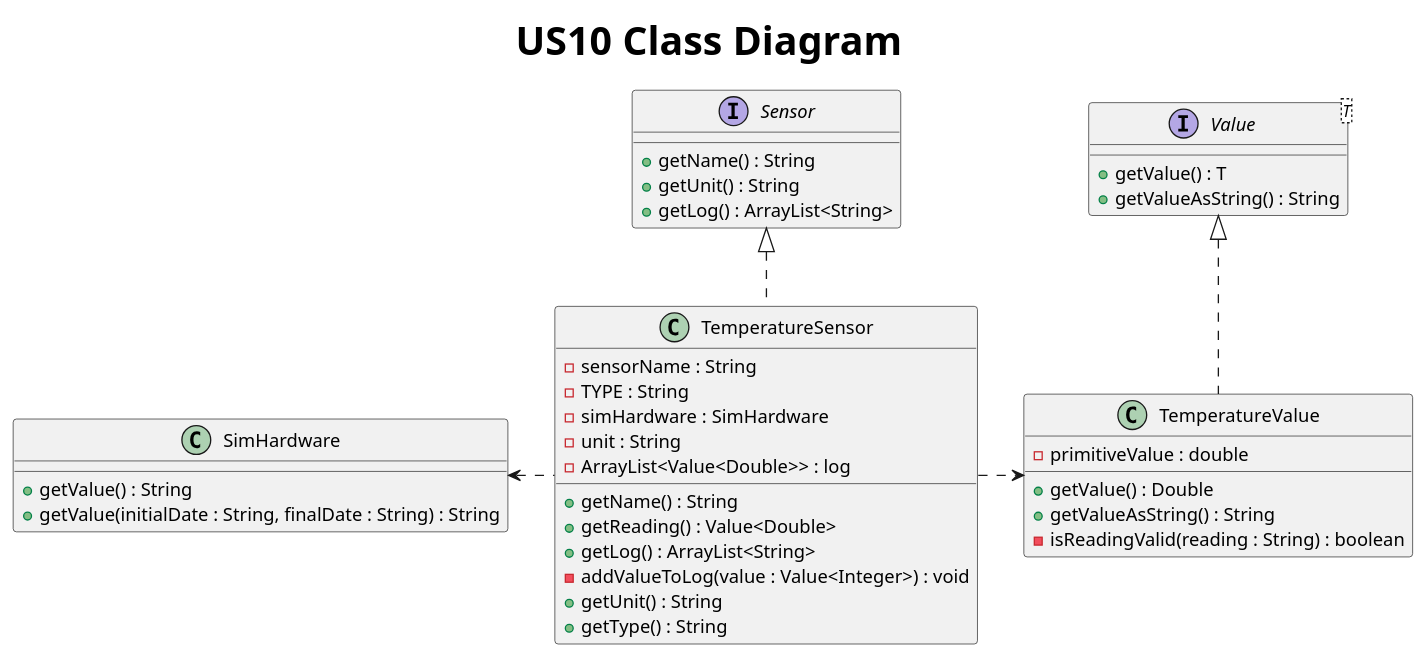
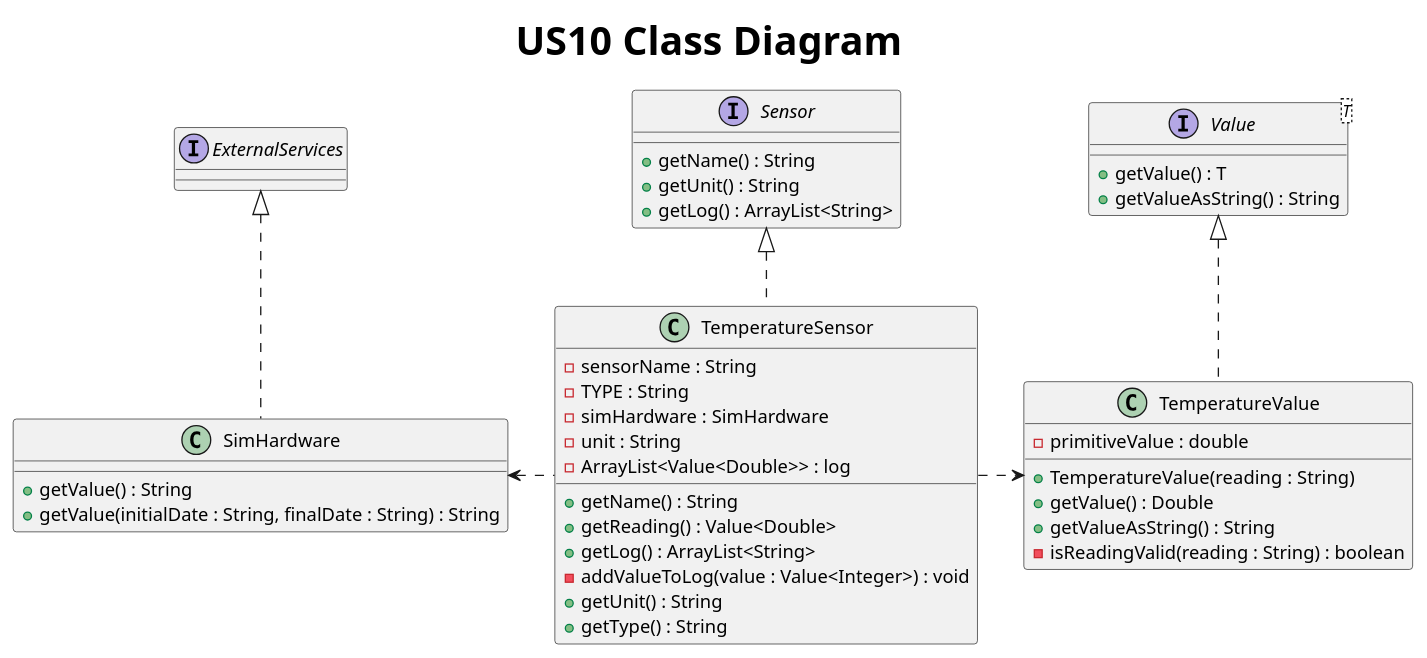
The diagram in Docs/US10/S3US10ClassDiagram.puml (AfonsoNeves77/smartHouse), drawn with PlantUML before and after one commit. The commit also changed 11 other files, not shown here.

Commit message:
Team review : Updated ClassDiagrams for sensors classes.

```diff
--- a/Docs/US10/S3US10ClassDiagram.puml
+++ b/Docs/US10/S3US10ClassDiagram.puml
@@ -1,48 +1,54 @@
 @startuml
 title <size: 30> US10 Class Diagram
 
 interface Sensor {
     + getName() : String
     + getUnit() : String
     + getLog() : ArrayList<String>
 }
 
 interface Value<T> {
     + getValue() : T
     + getValueAsString() : String
 }
 
 class SimHardware {
      + getValue() : String
      + getValue(initialDate : String, finalDate : String) : String
 }
 
 class TemperatureSensor {
     - sensorName : String
     - TYPE : String
     - simHardware : SimHardware
     - unit : String
     - ArrayList<Value<Double>> : log
 
     + getName() : String
     + getReading() : Value<Double>
     + getLog() : ArrayList<String>
     - addValueToLog(value : Value<Integer>) : void
     + getUnit() : String
     + getType() : String
 }
 
 class TemperatureValue {
     - primitiveValue : double
 
+    + TemperatureValue(reading : String)
     + getValue() : Double
     + getValueAsString() : String
     - isReadingValid(reading : String) : boolean
 }
 
+interface ExternalServices {
+    }
+
 Value <|.. TemperatureValue
 Sensor <|.. TemperatureSensor
 TemperatureSensor .right.> TemperatureValue
 TemperatureSensor .left.> SimHardware
+ExternalServices <|.. SimHardware
+
 
 @enduml
```
